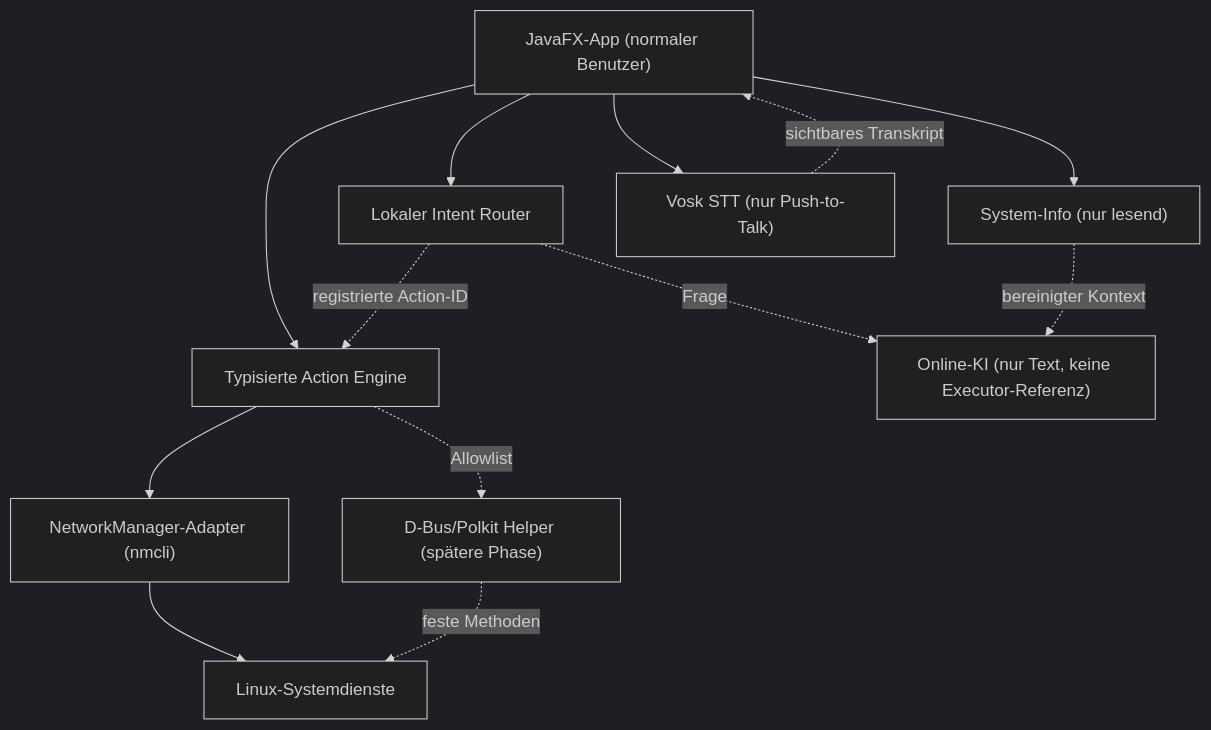
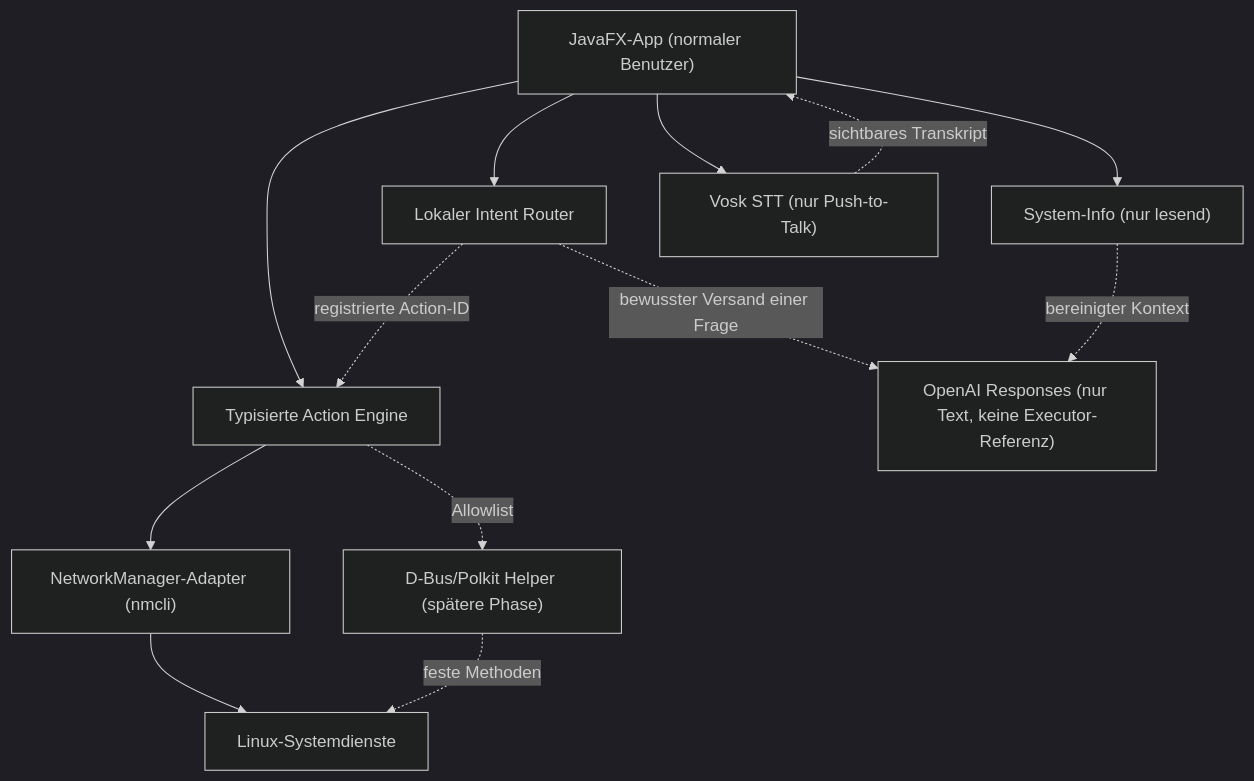
The diagram in docs/architecture.md (rimi1993elsa-cloud/CACHYOSDING), drawn with Mermaid (dark theme) before and after one commit. The commit also changed other lines of this file and 35 other files, not shown here.

````diff
--- a/docs/architecture.md
+++ b/docs/architecture.md
@@ -10,25 +10,25 @@
 ```mermaid
 flowchart TB
     UI["JavaFX-App (normaler Benutzer)"]
     INFO["System-Info (nur lesend)"]
     ROUTER["Lokaler Intent Router"]
     STT["Vosk STT (nur Push-to-Talk)"]
     ACTION["Typisierte Action Engine"]
     NETWORK["NetworkManager-Adapter (nmcli)"]
     HELPER["D-Bus/Polkit Helper (spätere Phase)"]
-    AI["Online-KI (nur Text, keine Executor-Referenz)"]
+    AI["OpenAI Responses (nur Text, keine Executor-Referenz)"]
     OS["Linux-Systemdienste"]
 
     UI --> INFO
     UI --> STT
     STT -. sichtbares Transkript .-> UI
     UI --> ACTION
     ACTION --> NETWORK
     NETWORK --> OS
     UI --> ROUTER
     ROUTER -. registrierte Action-ID .-> ACTION
-    ROUTER -. Frage .-> AI
+    ROUTER -. bewusster Versand einer Frage .-> AI
     ACTION -. Allowlist .-> HELPER
     HELPER -. feste Methoden .-> OS
     INFO -. bereinigter Kontext .-> AI
 ```
````
